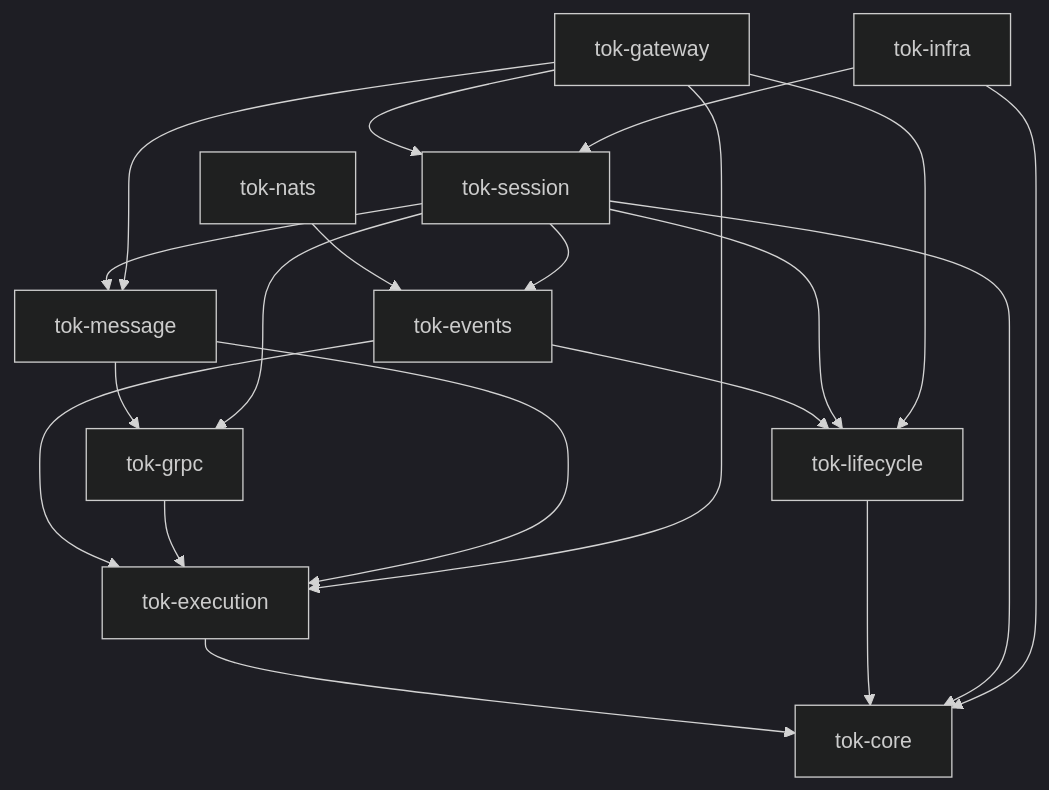
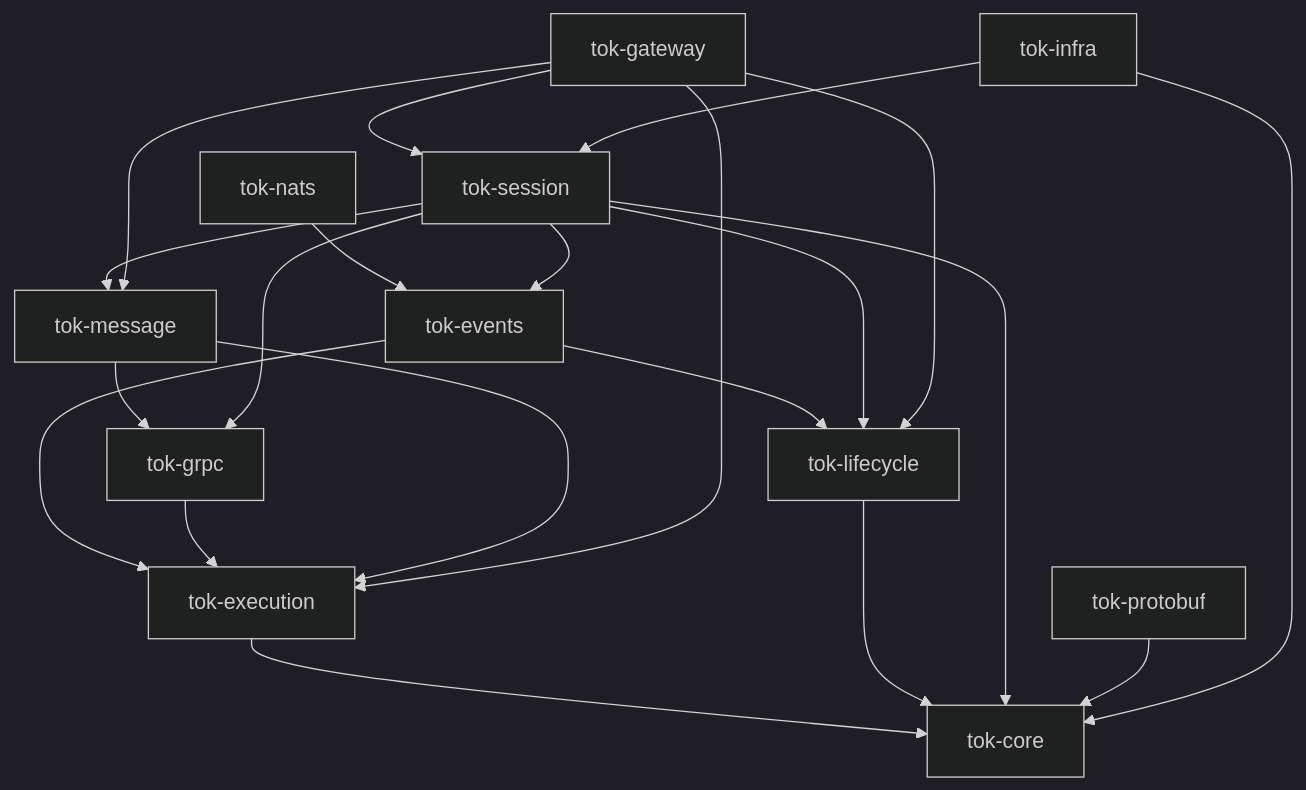
Before and after one commit to gmbytes/tok: the diagram in docs/design.md, drawn with Mermaid (dark theme). The commit also changed other lines of this file and 74 other files, not shown here.

````diff
--- a/docs/design.md
+++ b/docs/design.md
@@ -40,22 +40,23 @@
 ```mermaid
 flowchart TD
     execution[tok-execution] --> core[tok-core]
     lifecycle[tok-lifecycle] --> core
     session[tok-session] --> core
     events[tok-events] --> execution
     events --> lifecycle
     nats[tok-nats] --> events
+    protobuf[tok-protobuf] --> core
     grpc[tok-grpc] --> execution
     message[tok-message] --> execution
     message --> grpc
     session --> message
     session --> grpc
     session --> events
     session --> lifecycle
     gateway[tok-gateway] --> execution
     gateway --> lifecycle
     gateway --> session
     gateway --> message
     infra[tok-infra] --> core
     infra --> session
 ```
````
